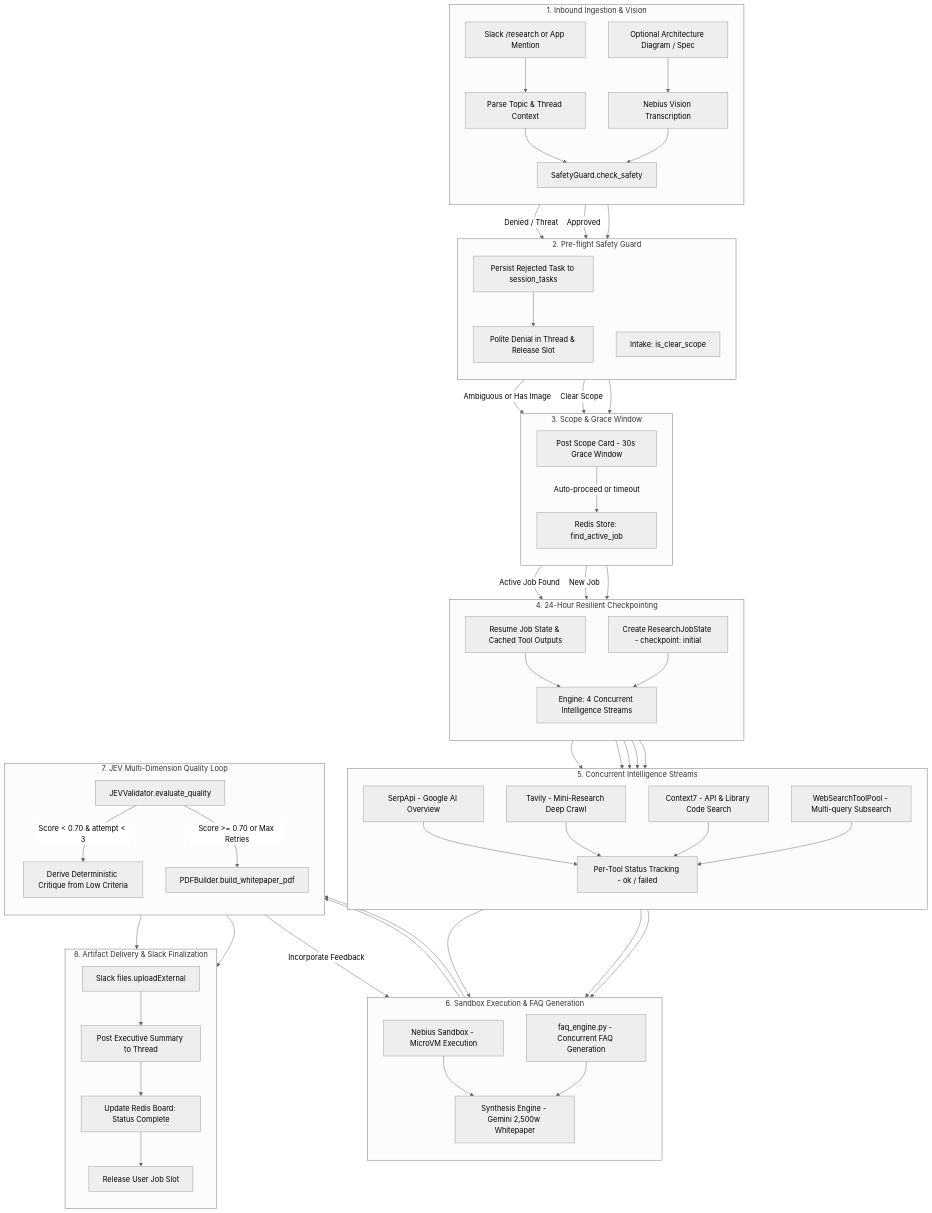
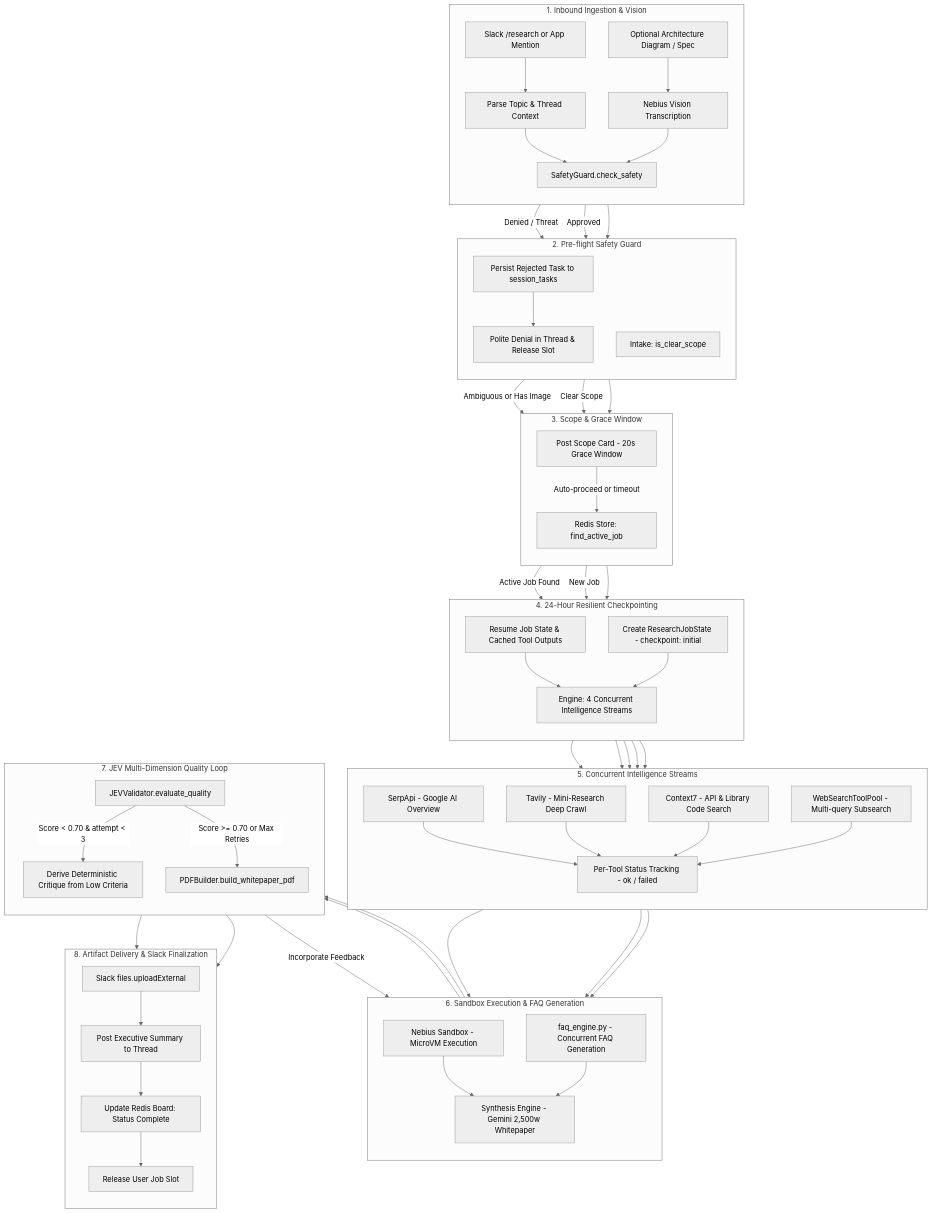
One commit to AmritSDutta/Aryhant changed the diagram in docs/technical-research.mdx. Above: the diagram before and after it, drawn with Mermaid (neutral theme). The commit also changed other lines of this file and 5 other files, not shown here.

````diff
--- a/docs/technical-research.mdx
+++ b/docs/technical-research.mdx
@@ -18,70 +18,70 @@
 ```mermaid
 flowchart TD
   subgraph Ingestion["1. Inbound Ingestion & Vision"]
     direction TB
     UserMsg["Slack /research or App Mention"]
     Attach["Optional Architecture Diagram / Spec"]
     UserMsg --> Parse["Parse Topic & Thread Context"]
     Attach --> Vision["Nebius Vision Transcription"]
     Parse --> Safety["SafetyGuard.check_safety"]
     Vision --> Safety
   end
   subgraph SafetyDecision["2. Pre-flight Safety Guard"]
     direction TB
     Safety -->|Denied / Threat| Reject["Persist Rejected Task to session_tasks"]
     Reject --> DenyMsg["Polite Denial in Thread & Release Slot"]
     Safety -->|Approved| ScopeCheck["Intake: is_clear_scope"]
   end
   subgraph ScopeIntake["3. Scope & Grace Window"]
     direction TB
-    ScopeCheck -->|Ambiguous or Has Image| ScopeNotice["Post Scope Card - 30s Grace Window"]
+    ScopeCheck -->|Ambiguous or Has Image| ScopeNotice["Post Scope Card - 20s Grace Window"]
     ScopeNotice -->|Auto-proceed or timeout| Checkpoint["Redis Store: find_active_job"]
     ScopeCheck -->|Clear Scope| Checkpoint
   end
   subgraph ResilientStore["4. 24-Hour Resilient Checkpointing"]
     direction TB
     Checkpoint -->|Active Job Found| Resume["Resume Job State & Cached Tool Outputs"]
     Checkpoint -->|New Job| InitJob["Create ResearchJobState - checkpoint: initial"]
     Resume --> StreamExec["Engine: 4 Concurrent Intelligence Streams"]
     InitJob --> StreamExec
   end
   subgraph IntelGathering["5. Concurrent Intelligence Streams"]
     direction TB
     StreamExec --> SerpApi["SerpApi - Google AI Overview"]
     StreamExec --> Tavily["Tavily - Mini-Research Deep Crawl"]
     StreamExec --> Context7["Context7 - API & Library Code Search"]
     StreamExec --> WebSearch["WebSearchToolPool - Multi-query Subsearch"]
     SerpApi --> CacheGuard["Per-Tool Status Tracking - ok / failed"]
     Tavily --> CacheGuard
     Context7 --> CacheGuard
     WebSearch --> CacheGuard
   end
   subgraph Verification["6. Sandbox Execution & FAQ Generation"]
     direction TB
     CacheGuard --> Sandbox["Nebius Sandbox - MicroVM Execution"]
     CacheGuard --> FAQGen["faq_engine.py - Concurrent FAQ Generation"]
     Sandbox --> Synthesis["Synthesis Engine - Gemini 2,500w Whitepaper"]
     FAQGen --> Synthesis
   end
   subgraph QualityLoop["7. JEV Multi-Dimension Quality Loop"]
     direction TB
     Synthesis --> JEV["JEVValidator.evaluate_quality"]
     JEV -->|Score < 0.70 & attempt < 3| Critique["Derive Deterministic Critique from Low Criteria"]
     Critique -->|Incorporate Feedback| Synthesis
     JEV -->|Score >= 0.70 or Max Retries| PDFBuild["PDFBuilder.build_whitepaper_pdf"]
   end
   subgraph Delivery["8. Artifact Delivery & Slack Finalization"]
     direction TB
     PDFBuild --> Upload["Slack files.uploadExternal"]
     Upload --> Summary["Post Executive Summary to Thread"]
     Summary --> Board["Update Redis Board: Status Complete"]
     Board --> SlotRelease["Release User Job Slot"]
   end
   Ingestion --> SafetyDecision
   SafetyDecision --> ScopeIntake
   ScopeIntake --> ResilientStore
   ResilientStore --> IntelGathering
   IntelGathering --> Verification
   Verification --> QualityLoop
   QualityLoop --> Delivery
 ```
````
